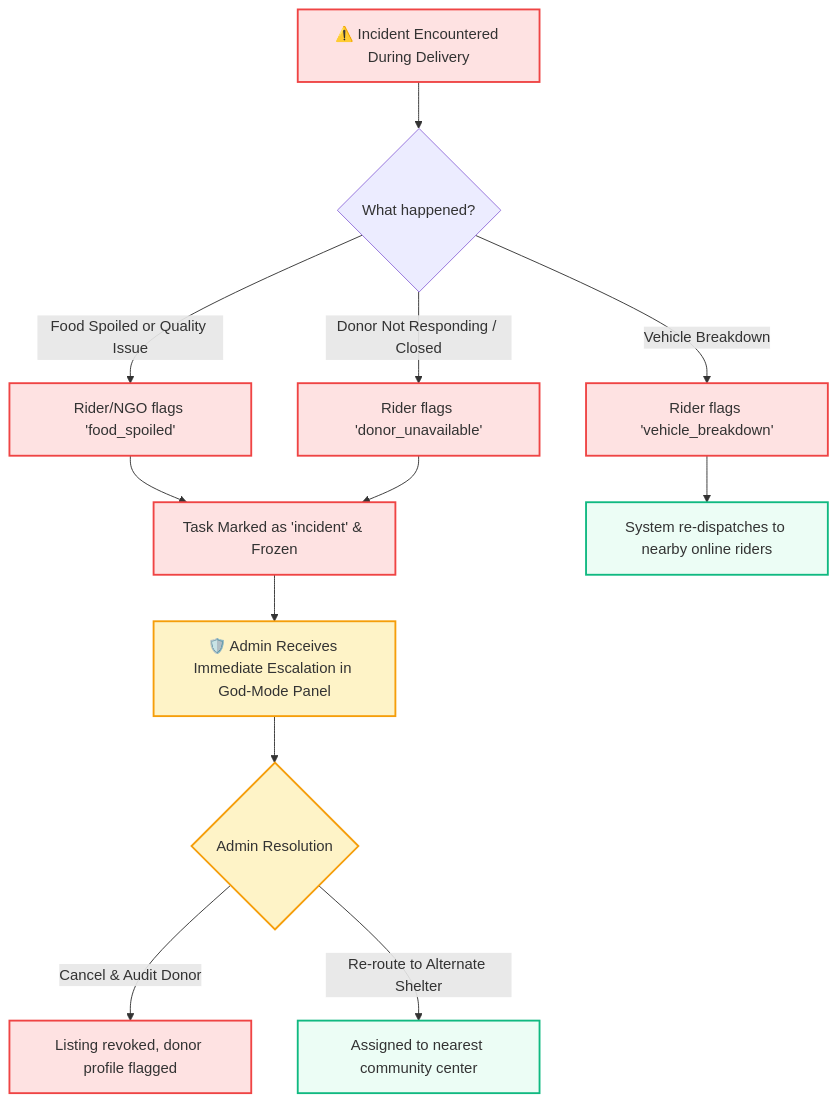
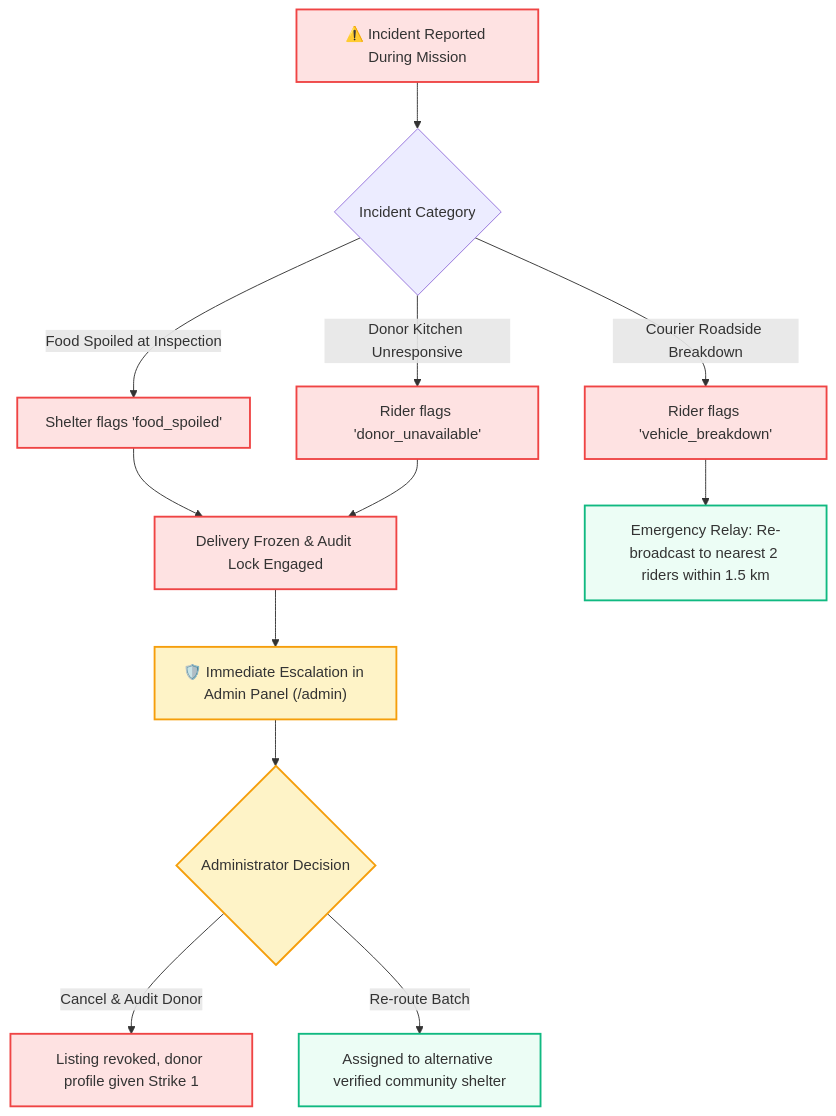
Diagram 11 of 11 in docs/WORKFLOW_DIAGRAM.md (rohillanikhlesh2510/Sharebite---Food-rescuing-app), drawn with Mermaid before and after one commit. The commit also changed other lines of this file, not shown here.

Commit message:
docs(workflows): upgrade visual lifecycle diagrams, offline PWA sync, and FSSAI organoleptic decision flows

````diff
--- a/docs/WORKFLOW_DIAGRAM.md
+++ b/docs/WORKFLOW_DIAGRAM.md
@@ -338,22 +365,22 @@
 ```mermaid
 flowchart TD
     classDef err fill:#fee2e2,stroke:#ef4444,stroke-width:2px;
     classDef fix fill:#ecfdf5,stroke:#10b981,stroke-width:2px;
     classDef adm fill:#fef3c7,stroke:#f59e0b,stroke-width:2px;
 
-    INC["⚠️ Incident Encountered During Delivery"]:::err --> TYPE{"What happened?"}
+    INC["⚠️ Incident Reported During Mission"]:::err --> TYPE{"Incident Category"}
 
-    TYPE -- "Food Spoiled or Quality Issue" --> I1["Rider/NGO flags 'food_spoiled'"]:::err
-    TYPE -- "Donor Not Responding / Closed" --> I2["Rider flags 'donor_unavailable'"]:::err
-    TYPE -- "Vehicle Breakdown" --> I3["Rider flags 'vehicle_breakdown'"]:::err
+    TYPE -- "Food Spoiled at Inspection" --> I1["Shelter flags 'food_spoiled'"]:::err
+    TYPE -- "Donor Kitchen Unresponsive" --> I2["Rider flags 'donor_unavailable'"]:::err
+    TYPE -- "Courier Roadside Breakdown" --> I3["Rider flags 'vehicle_breakdown'"]:::err
 
-    I1 --> Q1["Task Marked as 'incident' & Frozen"]:::err
+    I1 --> Q1["Delivery Frozen & Audit Lock Engaged"]:::err
     I2 --> Q1
-    I3 --> Q2["System re-dispatches to nearby online riders"]:::fix
+    I3 --> Q2["Emergency Relay: Re-broadcast to nearest 2 riders within 1.5 km"]:::fix
 
-    Q1 --> ADM["🛡️ Admin Receives Immediate Escalation in God-Mode Panel"]:::adm
-    ADM --> ADM_DEC{"Admin Resolution"}:::adm
+    Q1 --> ADM["🛡️ Immediate Escalation in Admin Panel (/admin)"]:::adm
+    ADM --> ADM_DEC{"Administrator Decision"}:::adm
 
-    ADM_DEC -- "Cancel & Audit Donor" --> RES1["Listing revoked, donor profile flagged"]:::err
-    ADM_DEC -- "Re-route to Alternate Shelter" --> RES2["Assigned to nearest community center"]:::fix
+    ADM_DEC -- "Cancel & Audit Donor" --> RES1["Listing revoked, donor profile given Strike 1"]:::err
+    ADM_DEC -- "Re-route Batch" --> RES2["Assigned to alternative verified community shelter"]:::fix
 ```
````
